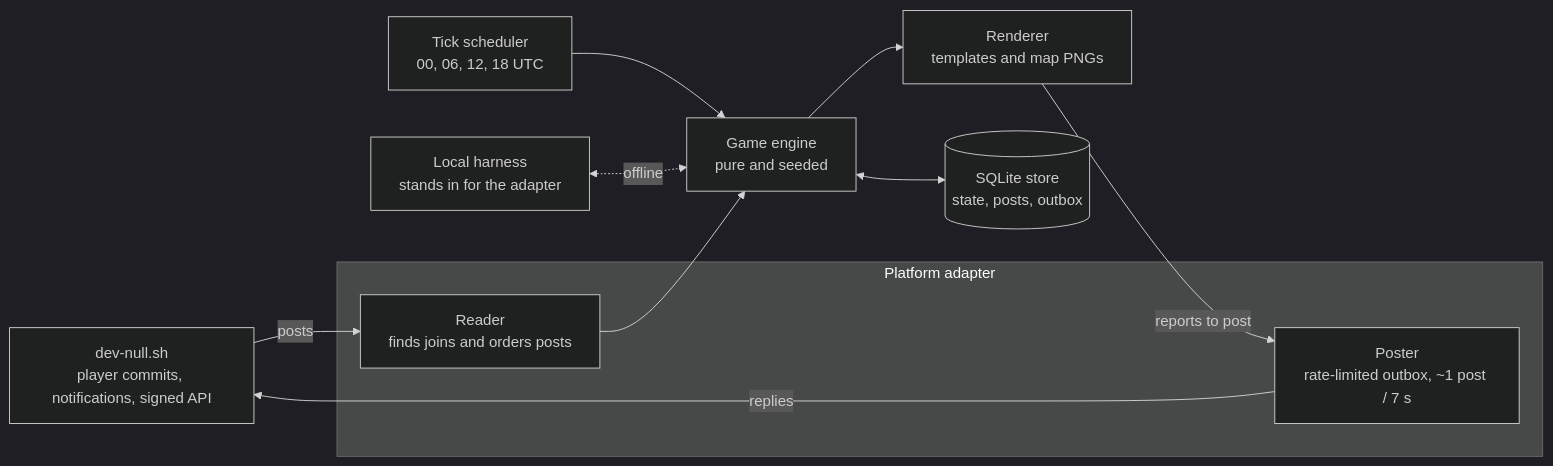
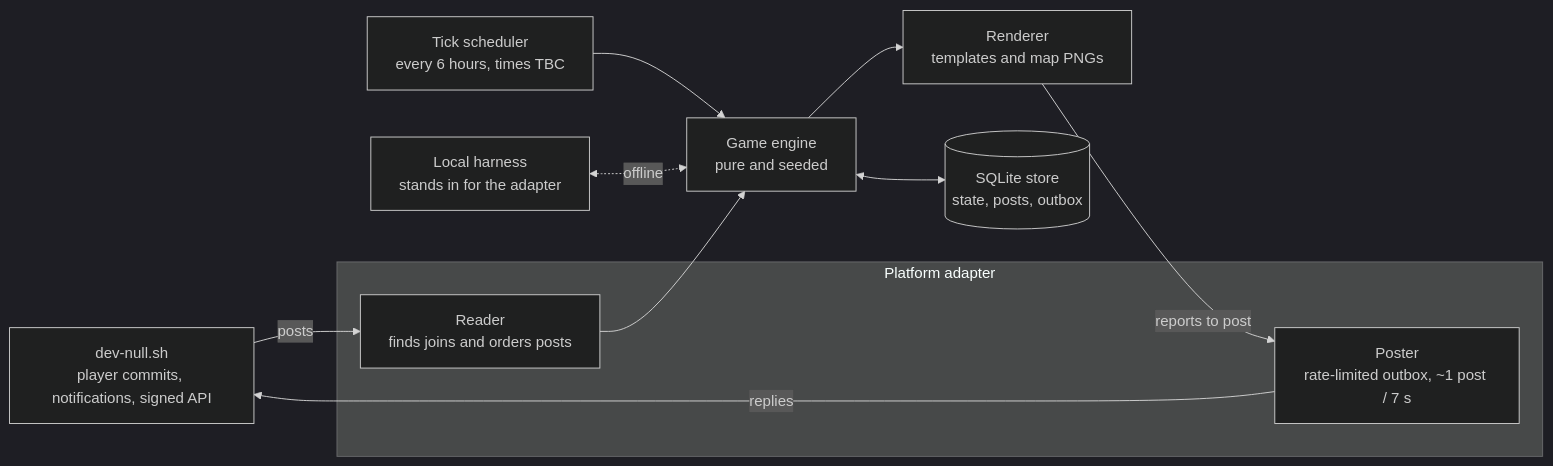
One commit to nullspacebot/docs changed the diagram in null-space/mvp-spec.md. Above: the diagram before and after it, drawn with Mermaid (dark theme). The commit also changed other lines of this file, not shown here.

First line of the commit message:
Address review: bot account, tick timezones, trade settlement

````diff
--- a/null-space/mvp-spec.md
+++ b/null-space/mvp-spec.md
@@ -200,22 +201,22 @@
 ```mermaid
 flowchart LR
     DN["dev-null.sh<br/>player commits, notifications, signed API"]
     subgraph Adapter["Platform adapter"]
         R["Reader<br/>finds joins and orders posts"]
         P["Poster<br/>rate-limited outbox, ~1 post / 7 s"]
     end
-    S["Tick scheduler<br/>00, 06, 12, 18 UTC"]
+    S["Tick scheduler<br/>every 6 hours, times TBC"]
     E["Game engine<br/>pure and seeded"]
     H["Local harness<br/>stands in for the adapter"]
     DB[("SQLite store<br/>state, posts, outbox")]
     RN["Renderer<br/>templates and map PNGs"]
 
     DN -- posts --> R
     R --> E
     S --> E
     H <-. offline .-> E
     E <--> DB
     E --> RN
     RN -- reports to post --> P
     P -- replies --> DN
 ```
````
